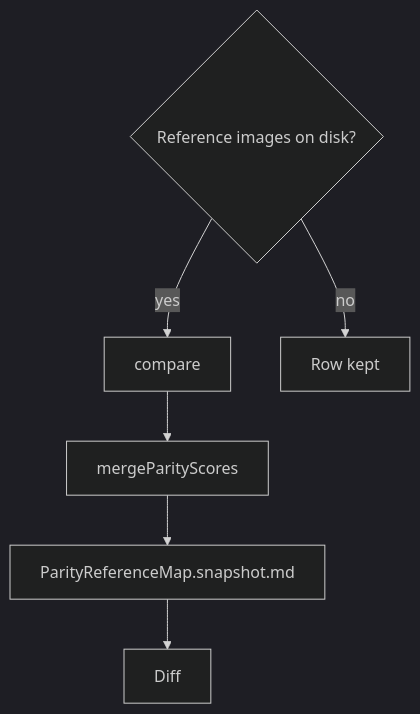
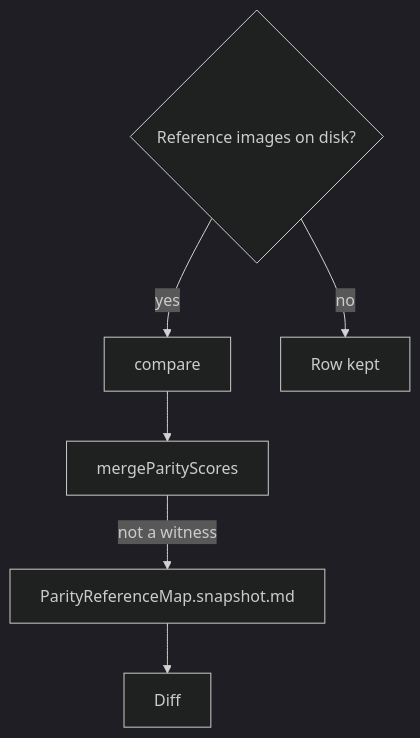
One commit to Esposter/Esposter changed the diagram in openspec/specs/genshin/parity/compare/design.md. Above: the diagram before and after it, drawn with Mermaid (dark theme). The commit also changed 22 other files, not shown here.

````diff
--- a/openspec/specs/genshin/parity/compare/design.md
+++ b/openspec/specs/genshin/parity/compare/design.md
@@ -15,8 +15,8 @@
 ```mermaid
 flowchart TD
   REF{"Reference images on disk?"} -->|yes| CMP["compare"]
   REF -->|no| KEEP["Row kept"]
   CMP --> MERGE["mergeParityScores"]
-  MERGE --> SNAP["ParityReferenceMap.snapshot.md"]
+  MERGE -->|"not a witness"| SNAP["ParityReferenceMap.snapshot.md"]
   SNAP --> DIFF["Diff"]
 ```
````
